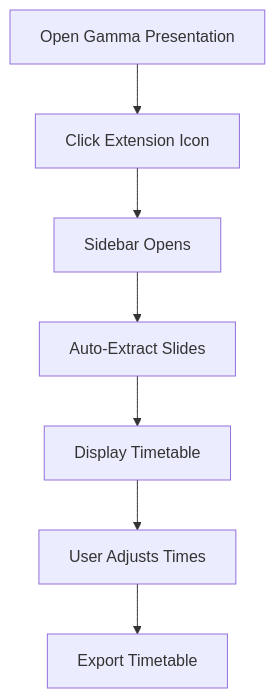
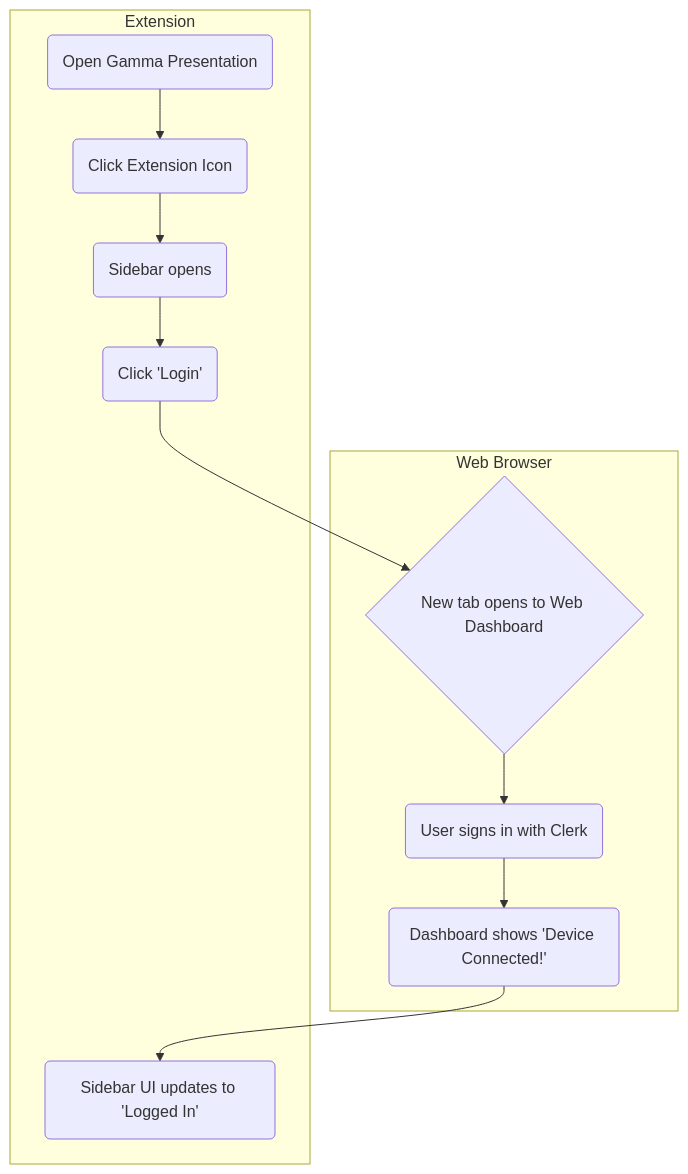
The second of 3 diagrams in documents/core/design/UI_UX_Design_Spec.md (jarmo-productory/gamma-plugin), drawn with Mermaid before and after one commit. The commit also changed other lines of this file and 5 other files, not shown here.

First line of the commit message:
docs: align core documentation with cloud architecture

````diff
--- a/documents/core/design/UI_UX_Design_Spec.md
+++ b/documents/core/design/UI_UX_Design_Spec.md
@@ -77,9 +147,16 @@
 ```mermaid
 graph TD
-    A[Open Gamma Presentation] --> B[Click Extension Icon]
-    B --> C[Sidebar Opens]
-    C --> D[Auto-Extract Slides]
-    D --> E[Display Timetable]
-    E --> F[User Adjusts Times]
-    F --> G[Export Timetable]
+    subgraph Extension
+        A(Open Gamma Presentation) --> B(Click Extension Icon);
+        B --> C(Sidebar opens);
+        C --> D(Click 'Login');
+    end
+    subgraph Web Browser
+        D --> E{New tab opens to Web Dashboard};
+        E --> F(User signs in with Clerk);
+        F --> G(Dashboard shows 'Device Connected!');
+    end
+    subgraph Extension
+        G --> H(Sidebar UI updates to 'Logged In');
+    end
 ```
````
